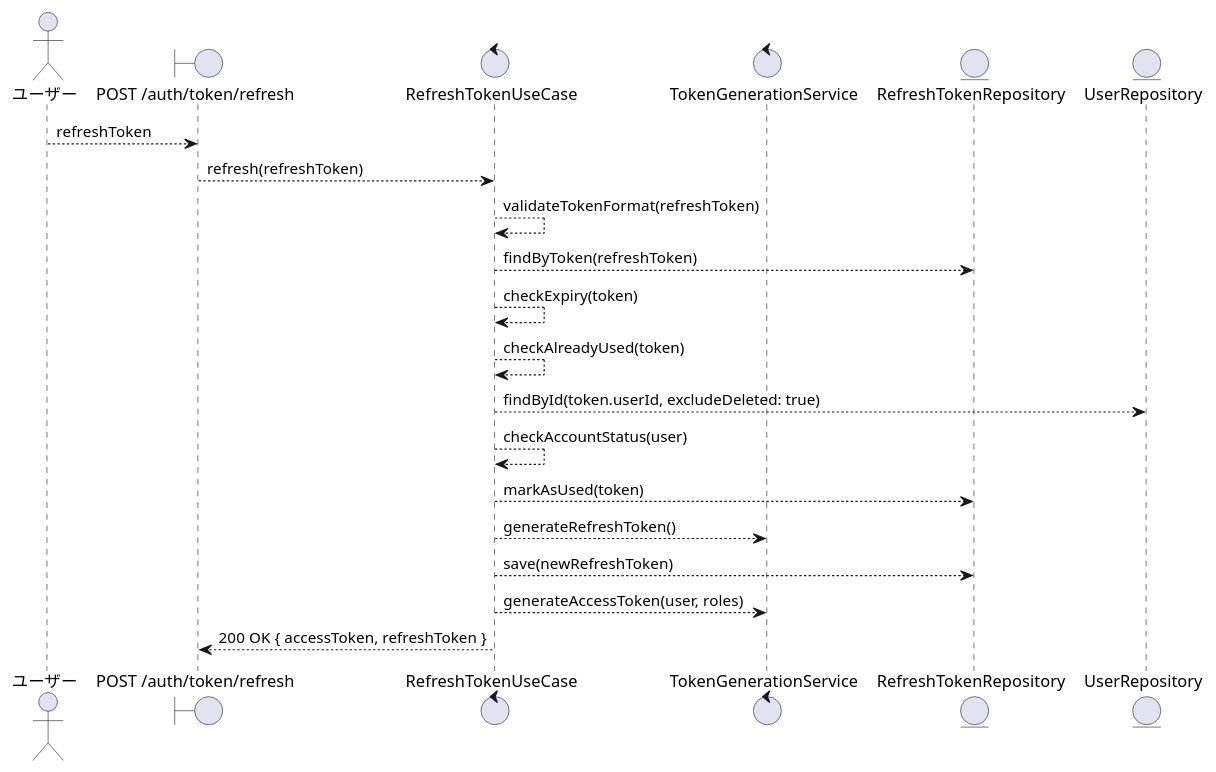
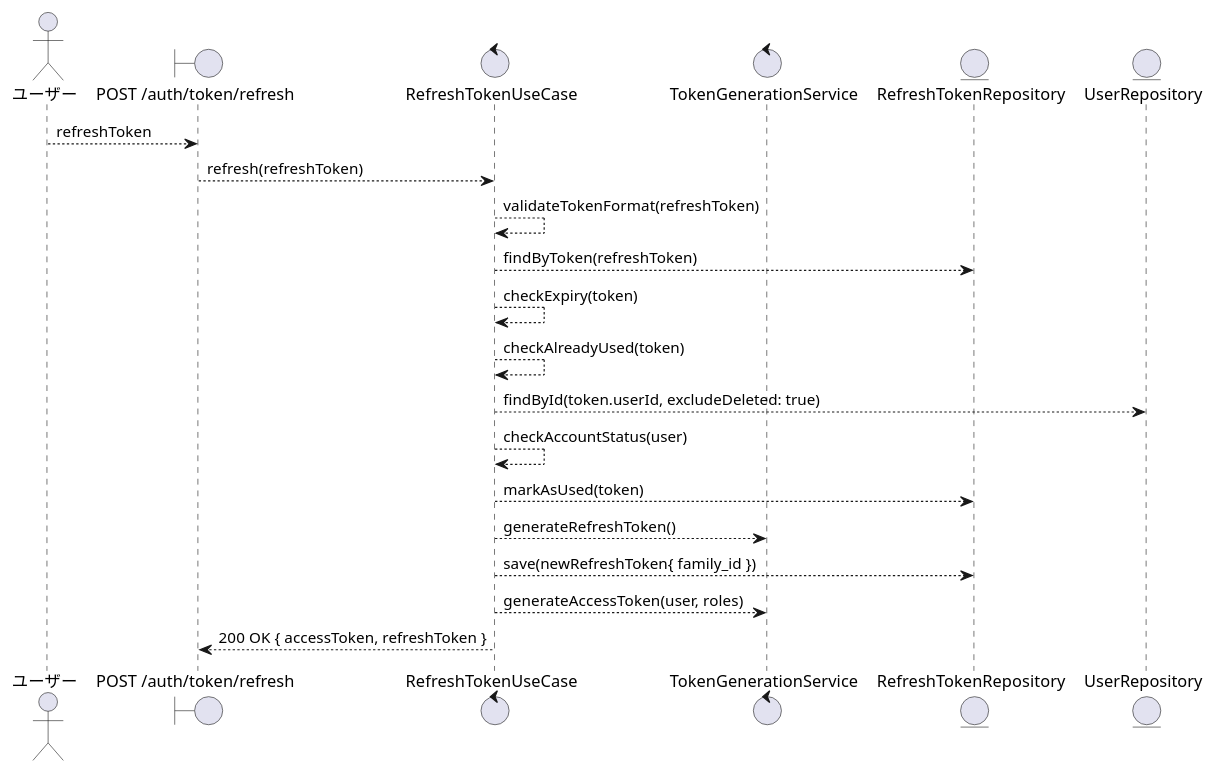
The first of 2 diagrams in .docs/design/buc/BUC-U05.md (suunet/POC_HYDRA_AUTH), drawn with PlantUML before and after one commit. The commit also changed other lines of this file and 4 other files, not shown here.

````diff
--- a/.docs/design/buc/BUC-U05.md
+++ b/.docs/design/buc/BUC-U05.md
@@ -89,32 +89,32 @@
 ```plantuml
 @startuml
 skinparam componentStyle rectangle
 skinparam backgroundColor White
 
 actor "ユーザー" as ユーザー
 
 boundary "POST /auth/token/refresh" as トークン再発行API
 control "RefreshTokenUseCase" as ユースケース
 control "TokenGenerationService" as トークン生成
 entity "RefreshTokenRepository" as リフレッシュトークンRepo
 entity "UserRepository" as ユーザーRepo
 
 ユーザー --> トークン再発行API : refreshToken
 
 トークン再発行API --> ユースケース : refresh(refreshToken)
 
 ユースケース --> ユースケース : validateTokenFormat(refreshToken)
 ユースケース --> リフレッシュトークンRepo : findByToken(refreshToken)
 ユースケース --> ユースケース : checkExpiry(token)
 ユースケース --> ユースケース : checkAlreadyUsed(token)
 ユースケース --> ユーザーRepo : findById(token.userId, excludeDeleted: true)
 ユースケース --> ユースケース : checkAccountStatus(user)
 ユースケース --> リフレッシュトークンRepo : markAsUsed(token)
 ユースケース --> トークン生成 : generateRefreshToken()
-ユースケース --> リフレッシュトークンRepo : save(newRefreshToken)
+ユースケース --> リフレッシュトークンRepo : save(newRefreshToken{ family_id })
 ユースケース --> トークン生成 : generateAccessToken(user, roles)
 
 トークン再発行API <-- ユースケース : 200 OK { accessToken, refreshToken }
 
 @enduml
 ```
````
